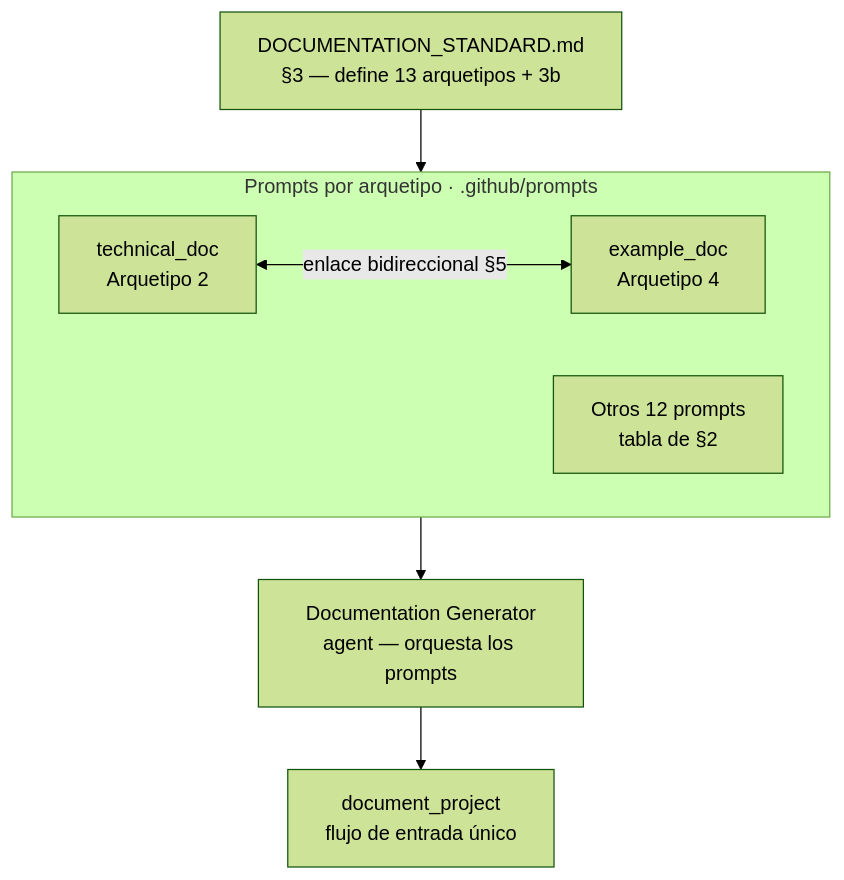
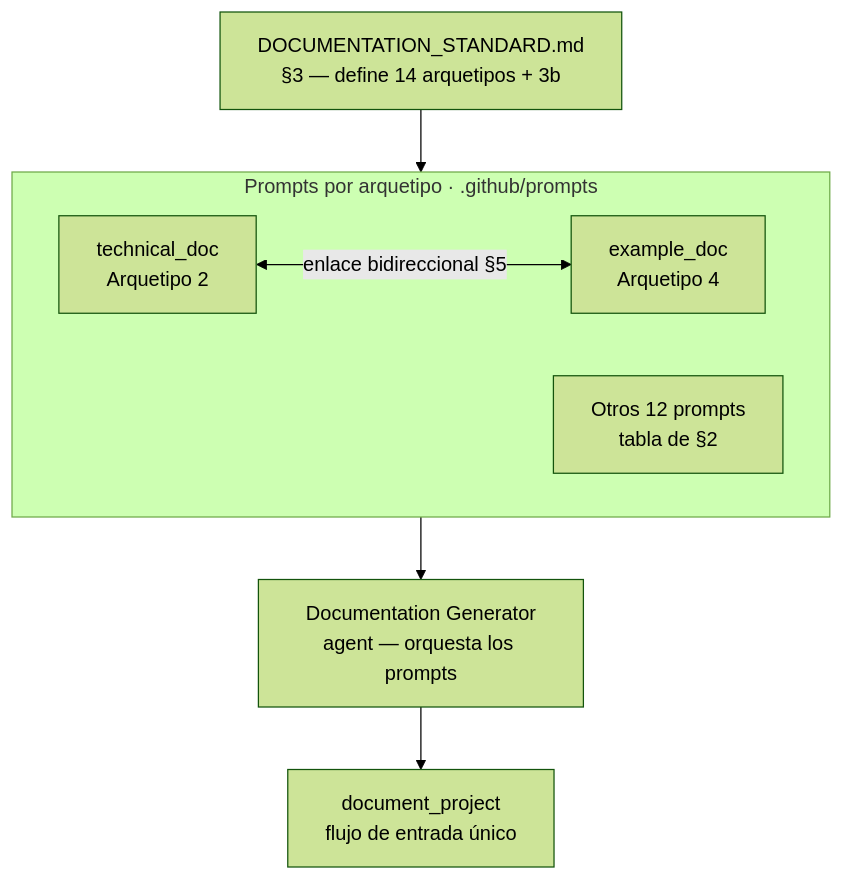
One commit to fmanza/doc_ia changed the diagram in docs/api/archetypes.md. Above: the diagram before and after it, drawn with Mermaid (forest theme). The commit also changed other lines of this file and 41 other files, not shown here.

````diff
--- a/docs/api/archetypes.md
+++ b/docs/api/archetypes.md
@@ -19,14 +19,14 @@
 ```mermaid
 flowchart TD
     accTitle: Estructura del sistema de arquetipos
     accDescr: DOCUMENTATION_STANDARD.md define los arquetipos, cada uno con su prompt; el agente Documentation Generator orquesta los prompts y document_project es el flujo de entrada único. Los prompts técnico y de ejemplos se enlazan en ambos sentidos.
-    DS["DOCUMENTATION_STANDARD.md<br/>§3 — define 13 arquetipos + 3b"] --> P
+    DS["DOCUMENTATION_STANDARD.md<br/>§3 — define 14 arquetipos + 3b"] --> P
     subgraph P[Prompts por arquetipo · .github/prompts]
         A2[technical_doc<br/>Arquetipo 2]
         A4[example_doc<br/>Arquetipo 4]
         OTROS[Otros 12 prompts<br/>tabla de §2]
     end
     A2 <-->|enlace bidireccional §5| A4
     P --> AG[Documentation Generator<br/>agent — orquesta los prompts]
     AG --> DP[document_project<br/>flujo de entrada único]
 ```
````
